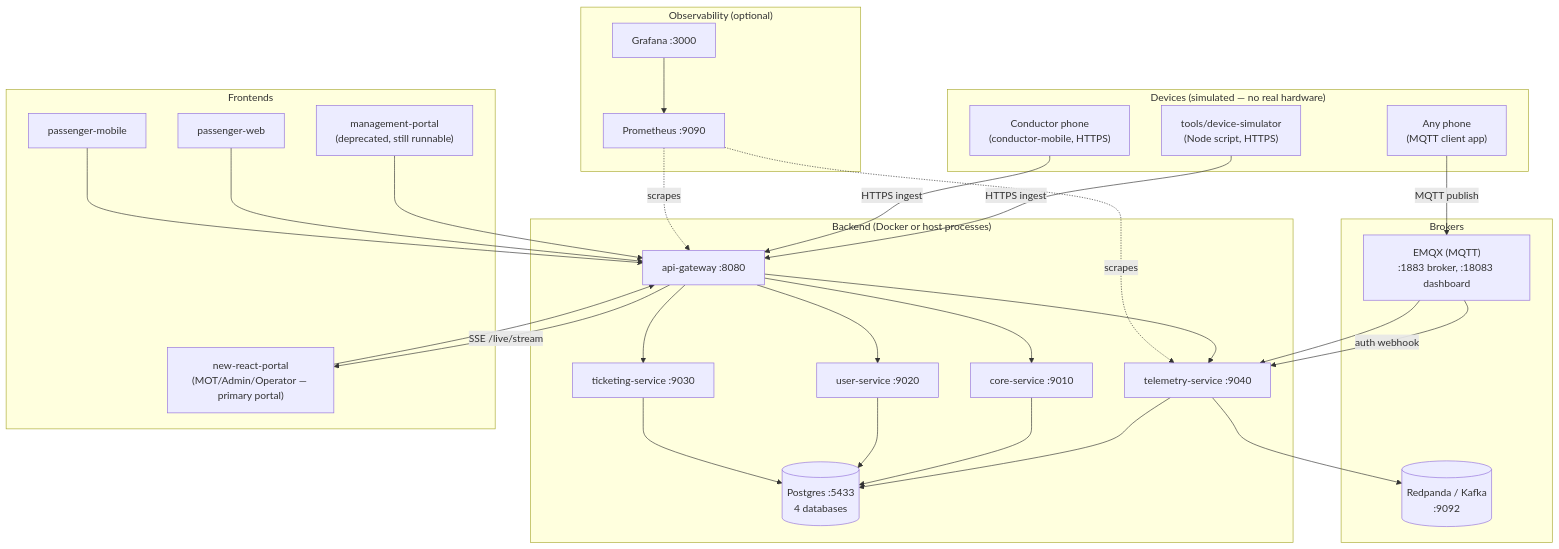
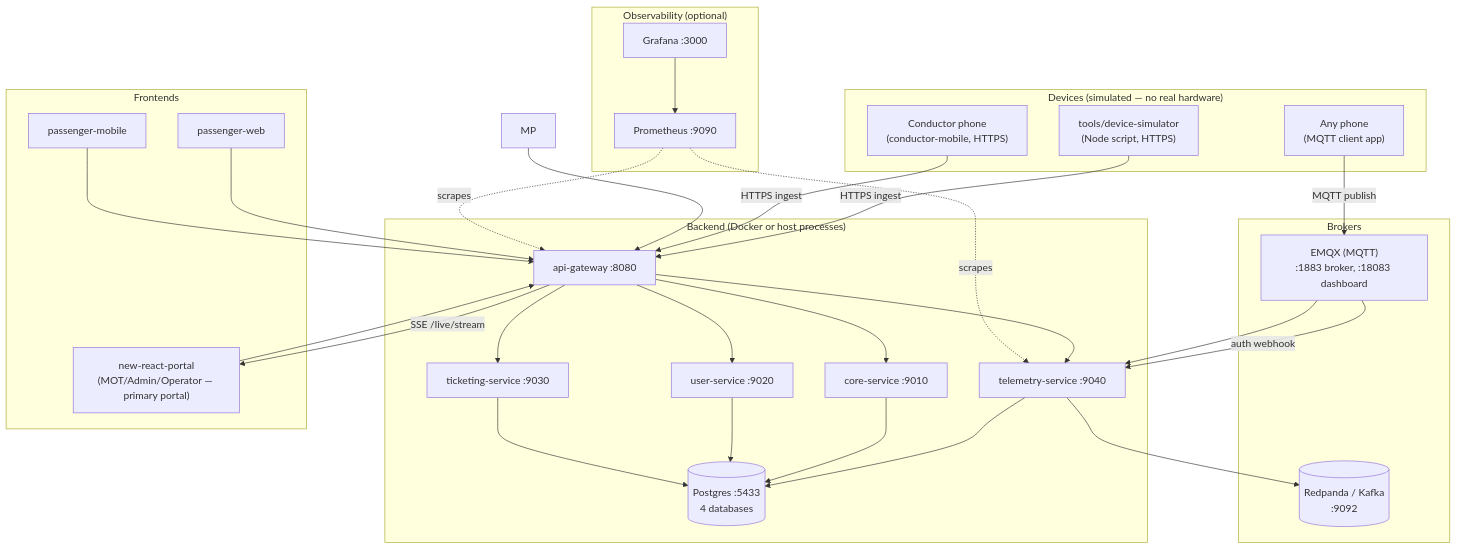
One commit to kavindadimuthu/busmate changed the first of 2 diagrams in docs/dev-full-platform-with-iot-guide.md. Above: the diagram before and after it, drawn with Mermaid. The commit also changed other lines of this file and 23 other files, not shown here.

First line of the commit message:
docs: repoint stale management-portal references to new-react-portal

````diff
--- a/docs/dev-full-platform-with-iot-guide.md
+++ b/docs/dev-full-platform-with-iot-guide.md
@@ -23,57 +23,56 @@
 ```mermaid
 flowchart TB
     subgraph devices["Devices (simulated — no real hardware)"]
         SIM["tools/device-simulator<br/>(Node script, HTTPS)"]
         PHONE_C["Conductor phone<br/>(conductor-mobile, HTTPS)"]
         PHONE_MQTT["Any phone<br/>(MQTT client app)"]
     end
 
     subgraph broker_layer["Brokers"]
         REDPANDA[("Redpanda / Kafka<br/>:9092")]
         EMQX["EMQX (MQTT)<br/>:1883 broker, :18083 dashboard"]
     end
 
     subgraph backend["Backend (Docker or host processes)"]
         GW["api-gateway :8080"]
         CORE["core-service :9010"]
         USER["user-service :9020"]
         TKT["ticketing-service :9030"]
         TEL["telemetry-service :9040"]
         PG[("Postgres :5433<br/>4 databases")]
     end
 
     subgraph frontends["Frontends"]
         NRP["new-react-portal<br/>(MOT/Admin/Operator — primary portal)"]
-        MP["management-portal<br/>(deprecated, still runnable)"]
         PW["passenger-web"]
         PM["passenger-mobile"]
     end
 
     subgraph obs["Observability (optional)"]
         GRAF["Grafana :3000"]
         PROM["Prometheus :9090"]
     end
 
     SIM -->|HTTPS ingest| GW
     PHONE_C -->|HTTPS ingest| GW
     PHONE_MQTT -->|MQTT publish| EMQX
     EMQX -->|auth webhook| TEL
     EMQX --> TEL
     GW --> CORE
     GW --> USER
     GW --> TKT
     GW --> TEL
     TEL --> REDPANDA
     TEL --> PG
     CORE --> PG
     USER --> PG
     TKT --> PG
     GW -->|SSE /live/stream| NRP
     NRP --> GW
     MP --> GW
     PW --> GW
     PM --> GW
     PROM -.scrapes.-> GW
     PROM -.scrapes.-> TEL
     GRAF --> PROM
 ```
````
